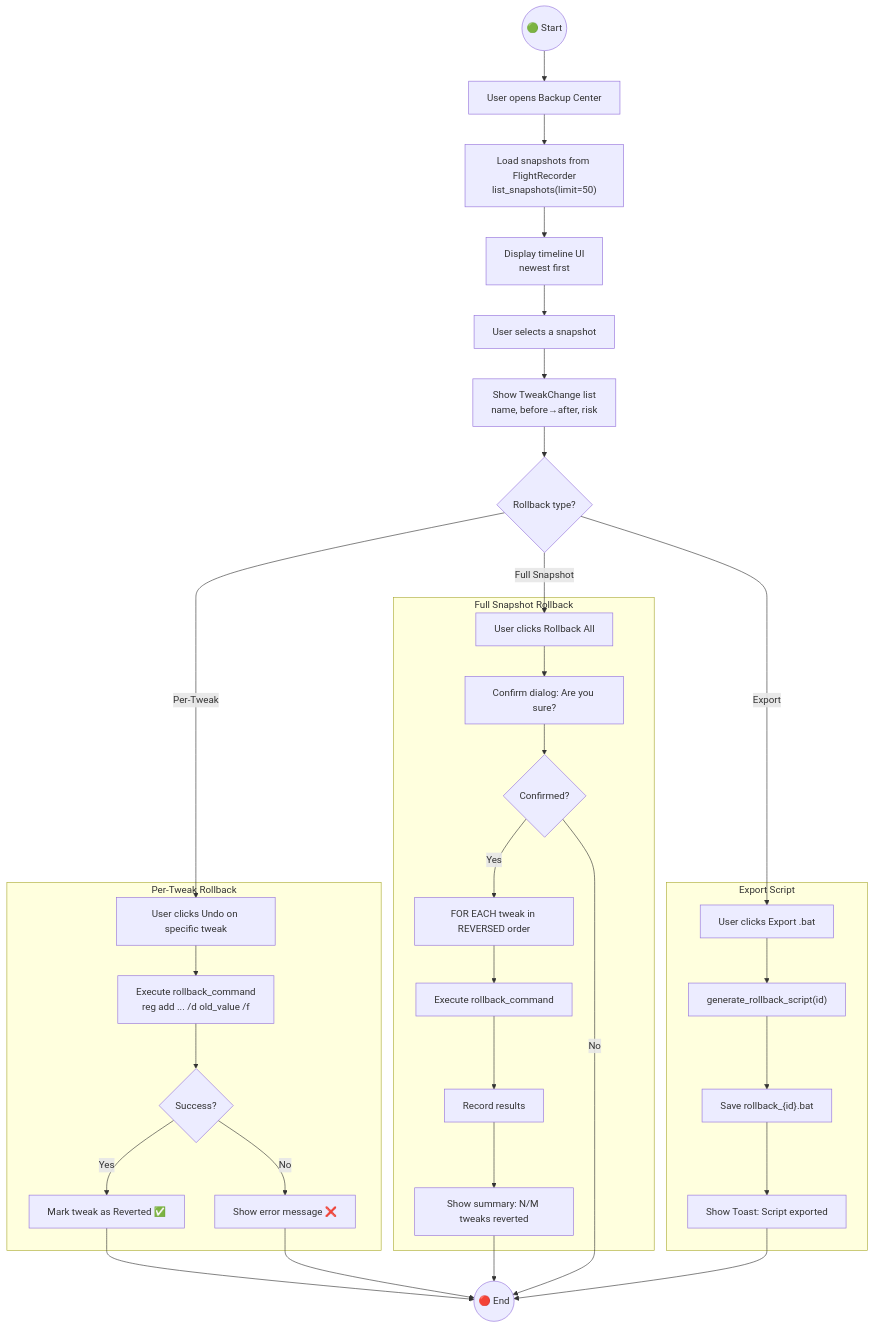
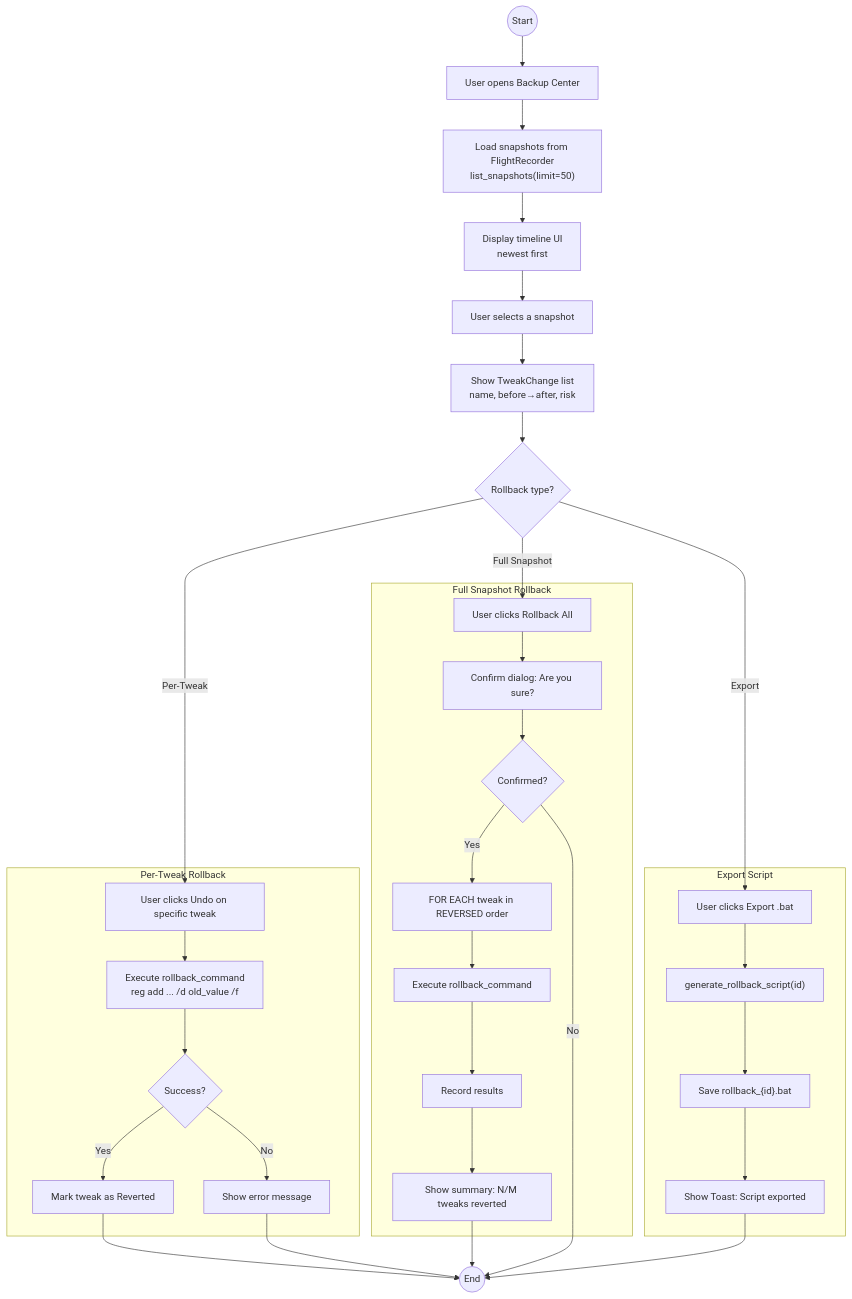
One commit to neckttiie090520/clutchg-pc-optimizer changed the fourth of 13 diagrams in docs/iso29110-clutchg/Appendix-A-UML-Diagrams.md. Above: the diagram before and after it, drawn with Mermaid. The commit also changed other lines of this file and 8 other files, not shown here.

````diff
--- a/docs/iso29110-clutchg/Appendix-A-UML-Diagrams.md
+++ b/docs/iso29110-clutchg/Appendix-A-UML-Diagrams.md
@@ -302,47 +320,47 @@
 ```mermaid
 flowchart TD
-    START(("🟢 Start"))
+    START(("Start"))
     A1["User opens Backup Center"]
     A2["Load snapshots from FlightRecorder<br/>list_snapshots(limit=50)"]
     A3["Display timeline UI<br/>newest first"]
     A4["User selects a snapshot"]
     A5["Show TweakChange list<br/>name, before→after, risk"]
     
     D1{"Rollback type?"}
     
     subgraph "Per-Tweak Rollback"
         R1["User clicks Undo on specific tweak"]
         R2["Execute rollback_command<br/>reg add ... /d old_value /f"]
         D2{"Success?"}
-        R3["Mark tweak as Reverted ✅"]
-        R4["Show error message ❌"]
+        R3["Mark tweak as Reverted"]
+        R4["Show error message"]
     end
     
     subgraph "Full Snapshot Rollback"
         S1["User clicks Rollback All"]
         S2["Confirm dialog: Are you sure?"]
         D3{"Confirmed?"}
         S3["FOR EACH tweak in REVERSED order"]
         S4["Execute rollback_command"]
         S5["Record results"]
         S6["Show summary: N/M tweaks reverted"]
     end
     
     subgraph "Export Script"
         E1["User clicks Export .bat"]
         E2["generate_rollback_script(id)"]
         E3["Save rollback_{id}.bat"]
         E4["Show Toast: Script exported"]
     end
     
-    END(("🔴 End"))
+    END(("End"))
     
     START --> A1 --> A2 --> A3 --> A4 --> A5 --> D1
     D1 -->|"Per-Tweak"| R1 --> R2 --> D2
     D2 -->|"Yes"| R3 --> END
     D2 -->|"No"| R4 --> END
     D1 -->|"Full Snapshot"| S1 --> S2 --> D3
     D3 -->|"Yes"| S3 --> S4 --> S5 --> S6 --> END
     D3 -->|"No"| END
     D1 -->|"Export"| E1 --> E2 --> E3 --> E4 --> END
 ```
````
